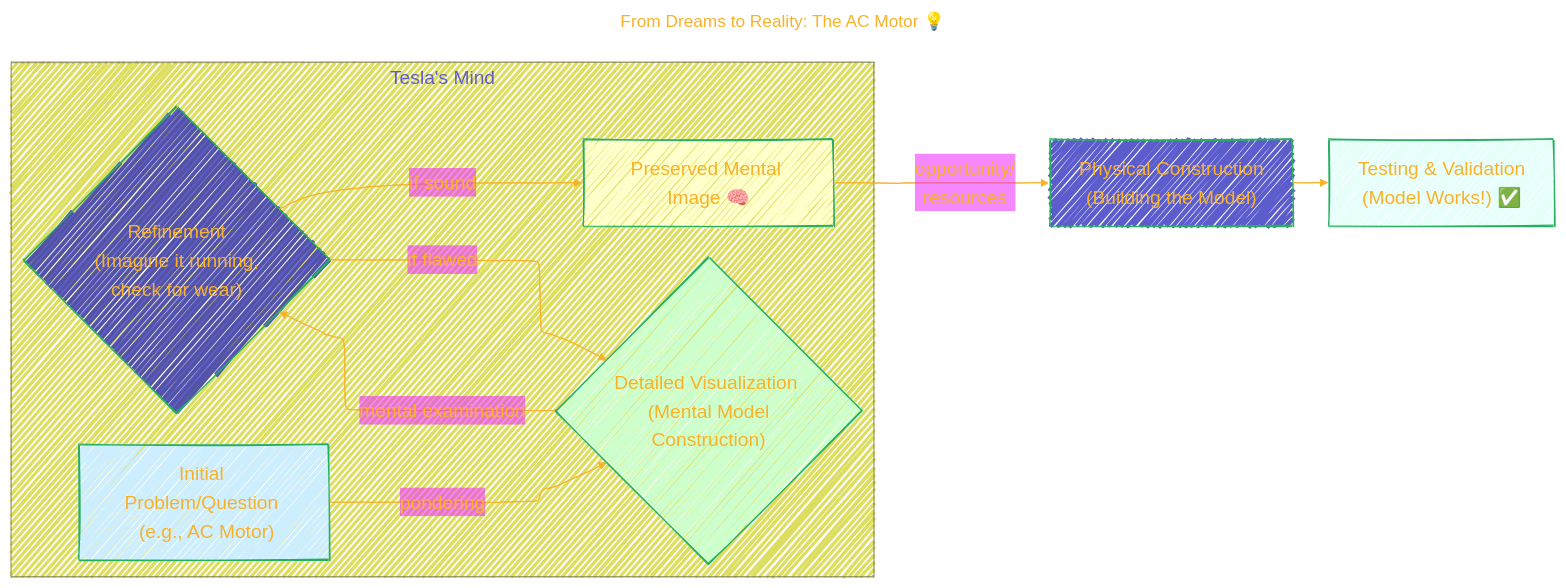
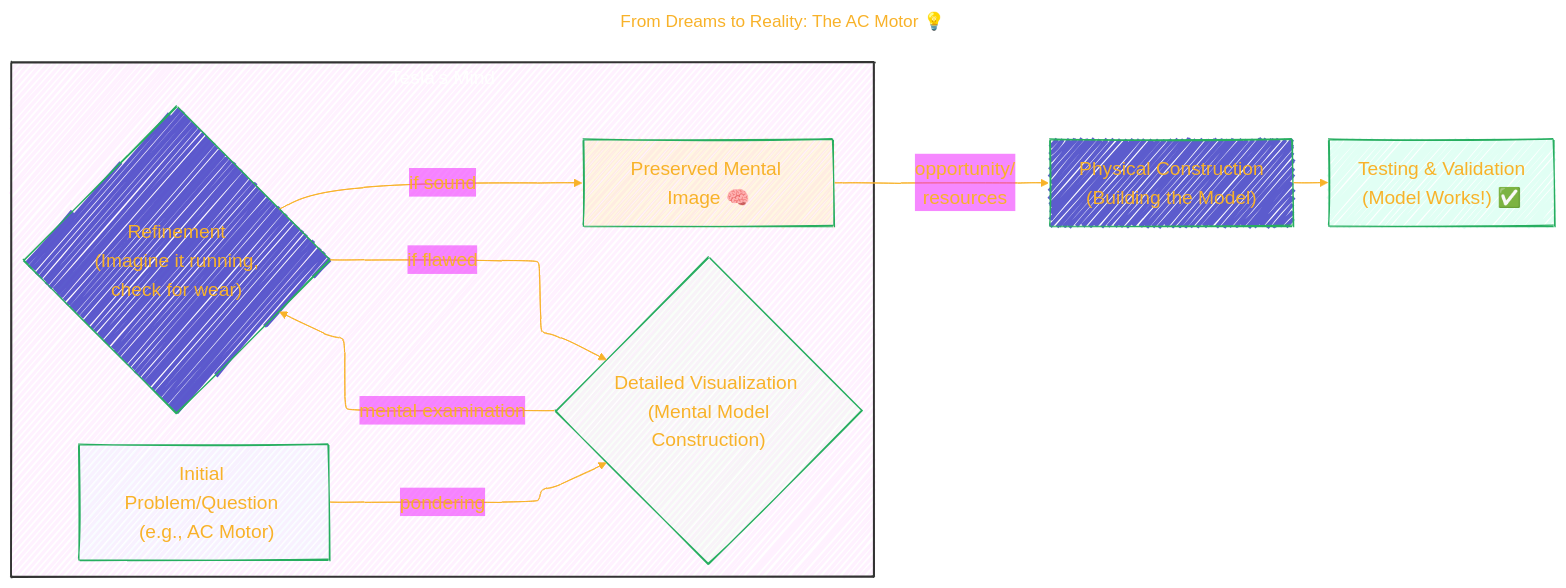
The second of 9 diagrams in Case_Files_Nikola_Tesla/Case_Files_Nikola_Tesla.md (CongLeSolutionX/Nikola_Tesla), drawn with Mermaid before and after one commit. The commit also changed other lines of this file, not shown here.

````diff
--- a/Case_Files_Nikola_Tesla/Case_Files_Nikola_Tesla.md
+++ b/Case_Files_Nikola_Tesla/Case_Files_Nikola_Tesla.md
@@ -125,47 +125,48 @@
 ```mermaid
 ---
 title: "From Dreams to Reality: The AC Motor 💡"
 author: "Cong Le"
 version: "1.0"
 license(s): "MIT, CC BY-SA 4.0"
 copyright: "Copyright (c) 2025 Cong Le. All Rights Reserved."
 config:
   layout: elk
   theme: base
   look: handDrawn
 ---
 %%%%%%%% Mermaid version v11.4.1-b.14
 %%%%%%%% Available curve styles include the following keywords:
 %% basis, bumpX, bumpY, cardinal, catmullRom, linear, monotoneX, monotoneY, natural, step, stepAfter, stepBefore.
 %%{
   init: {
     'flowchart': { 'htmlLabels': true, 'curve': 'basis' },
     'fontFamily': 'American Typewriter, monospace',
     'logLevel': 'fatal',
     'themeVariables': {
       'primaryColor': '#22BB',
       'primaryTextColor': '#F8B229',
       'lineColor': '#F8B229',
       'primaryBorderColor': '#27AE60',
       'secondaryColor': '#E2F1',
       'secondaryTextColor': '#6C3483',
       'secondaryBorderColor': '#A569BD',
       'fontSize': '20px'
     }
   }
 }%%
 flowchart LR
     subgraph Tesla_Mind["Tesla's Mind"]
+    style Tesla_Mind fill:#f9f2,stroke:#333,stroke-width:2px, color:#FFF
         A["Initial Problem/Question <br/> (e.g., AC Motor)"] -- pondering --> B{"Detailed Visualization <br/> (Mental Model Construction)"}
         B -- mental examination --> C{"Refinement<br/> (Imagine it running, check for wear)"}
         C -- if flawed --> B
         C -- if sound --> D["Preserved Mental Image 🧠"]
     end
     D -- opportunity/<br/>resources --> E["Physical Construction<br/>(Building the Model)"]
     E --> F["Testing & Validation <br/> (Model Works!) ✅"]
 
-    style A fill:#cceeff
-    style B fill:#ccffcc
-    style D fill:#ffffcc
-    style F fill:#e6fffa
+    style A fill:#cef2
+    style B fill:#cfc2
+    style D fill:#fc22
+    style F fill:#2fa2
 ```
````
